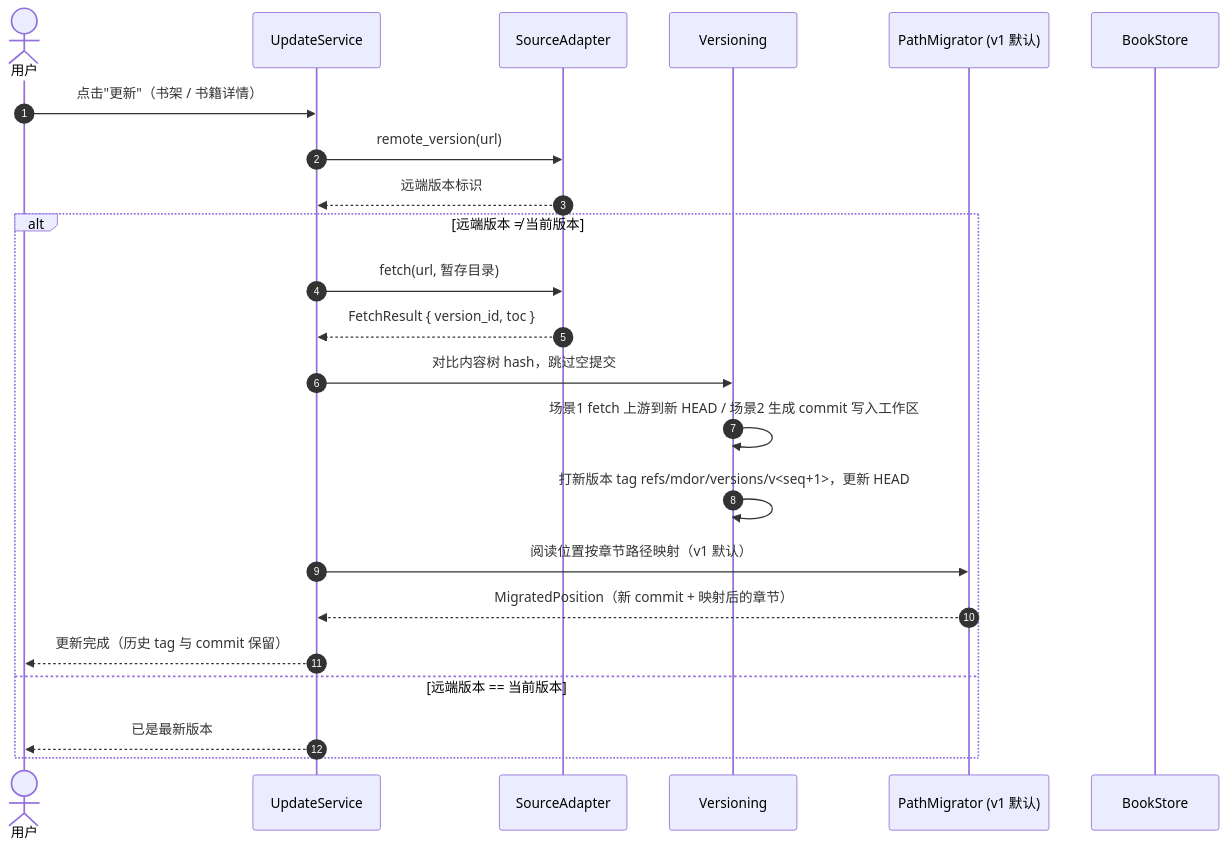
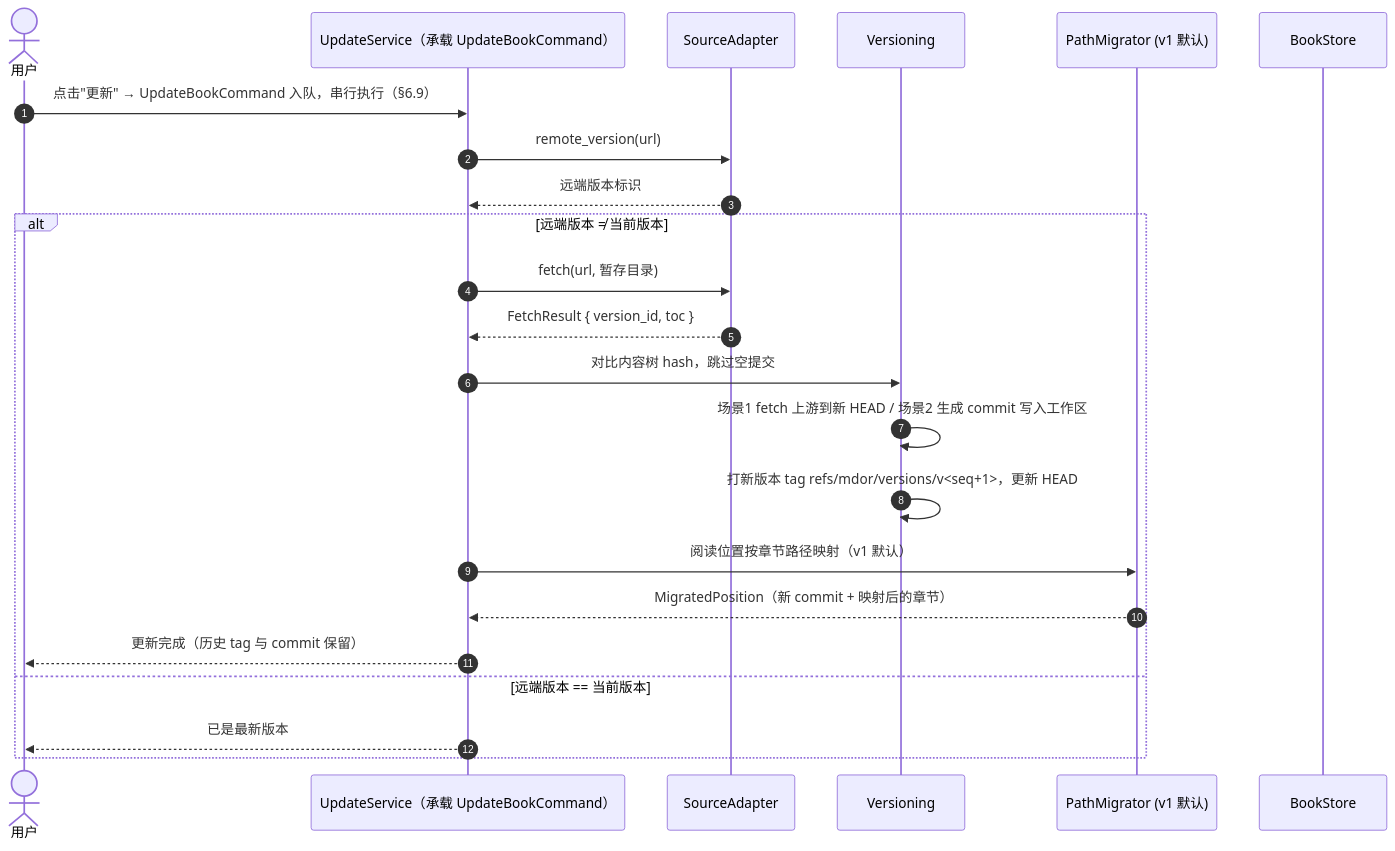
The fourth of 5 diagrams in doc/project.md (MNFConde/mdor), drawn with Mermaid before and after one commit. The commit also changed other lines of this file and 1 other file, not shown here.

````diff
--- a/doc/project.md
+++ b/doc/project.md
@@ -339,26 +398,26 @@
 ```mermaid
 sequenceDiagram
     autonumber
     actor U as 用户
-    participant UP as UpdateService
+    participant UP as UpdateService（承载 UpdateBookCommand）
     participant AD as SourceAdapter
     participant VER as Versioning
     participant MIG as PathMigrator (v1 默认)
     participant BS as BookStore
 
-    U->>UP: 点击"更新"（书架 / 书籍详情）
+    U->>UP: 点击"更新" → UpdateBookCommand 入队，串行执行（§6.9）
     UP->>AD: remote_version(url)
     AD-->>UP: 远端版本标识
     alt 远端版本 ≠ 当前版本
         UP->>AD: fetch(url, 暂存目录)
         AD-->>UP: FetchResult { version_id, toc }
         UP->>VER: 对比内容树 hash，跳过空提交
         VER->>VER: 场景1 fetch 上游到新 HEAD / 场景2 生成 commit 写入工作区
         VER->>VER: 打新版本 tag refs/mdor/versions/v<seq+1>，更新 HEAD
         UP->>MIG: 阅读位置按章节路径映射（v1 默认）
         MIG-->>UP: MigratedPosition（新 commit + 映射后的章节）
         UP-->>U: 更新完成（历史 tag 与 commit 保留）
     else 远端版本 == 当前版本
         UP-->>U: 已是最新版本
     end
 ```
````
